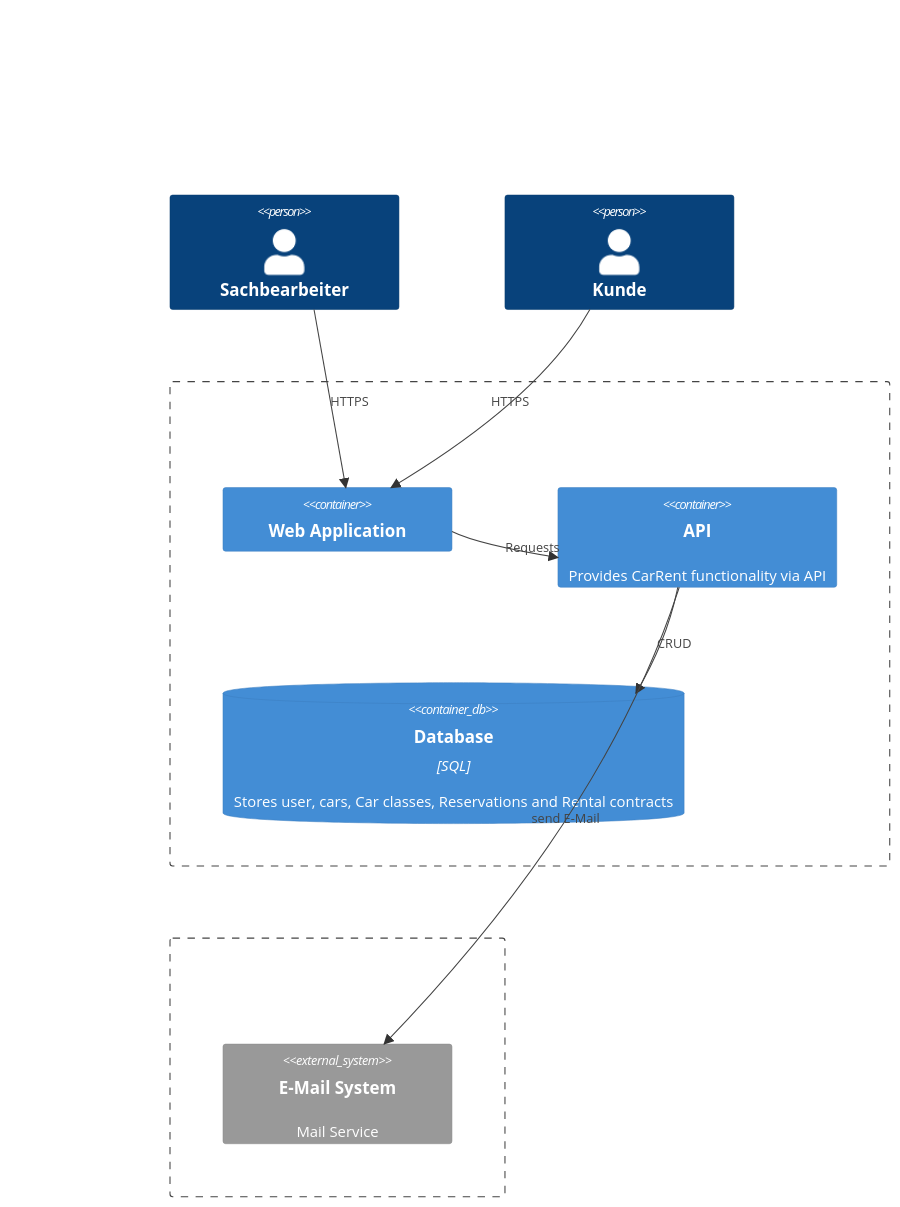
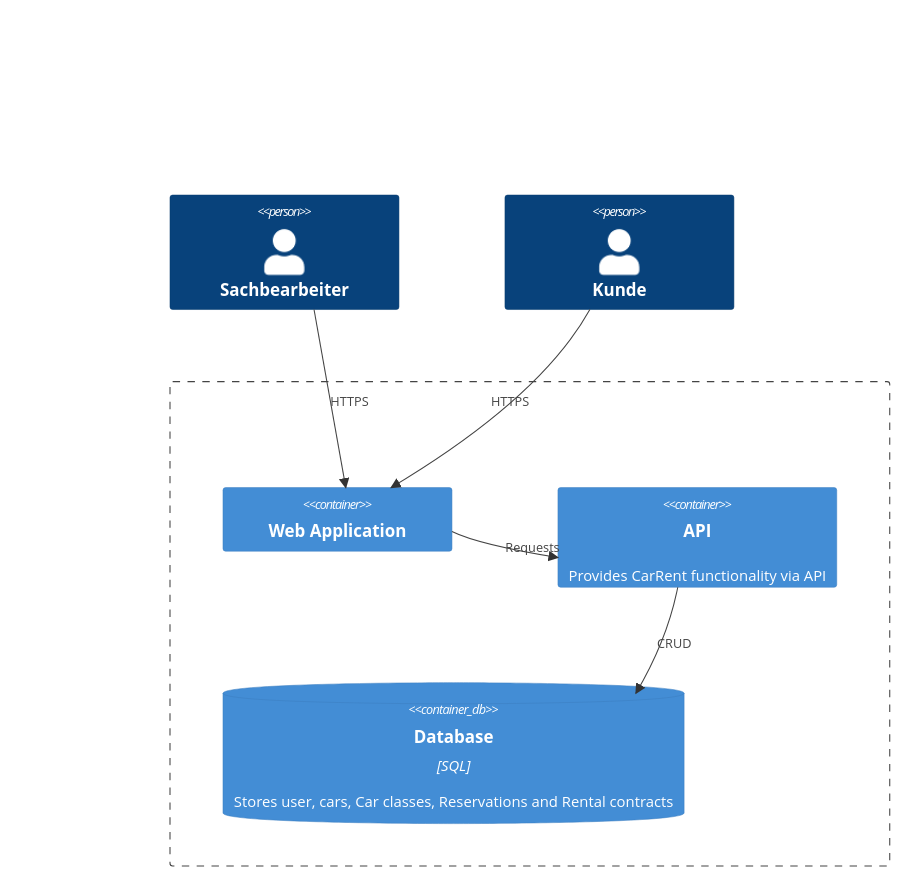
Before and after one commit to tsolenthaler/zbw-sad-carrent2124: the second of 4 diagrams in README.md, drawn with Mermaid. The commit also changed other lines of this file, not shown here.

````diff
--- a/README.md
+++ b/README.md
@@ -29,23 +24,18 @@
 ```mermaid
 C4Container
     Person(Sachbearbeiter, "Sachbearbeiter")
     Person(Kunde, "Kunde")
 
     Boundary(CarRent, "", "") {
         Container(webapp, "Web Application", "", "")
         Container(api, "API", "", "Provides CarRent functionality via API")
         ContainerDb(database, "Database", "SQL", "Stores user, cars, Car classes, Reservations and Rental contracts")
     }
 
-    Boundary(b2, "", "") {
-        System_Ext(MailSystem, "E-Mail System", "Mail Service")
-    }
-
     Rel(Sachbearbeiter, webapp, "HTTPS")
     Rel(Kunde, webapp, "HTTPS")
     Rel(webapp, api, "Requests")
     Rel(api, database, "CRUD")
-    Rel(api, MailSystem, "send E-Mail")
 
     UpdateLayoutConfig($c4ShapeInRow="2", $c4BoundaryInRow="1")
 ```
````
